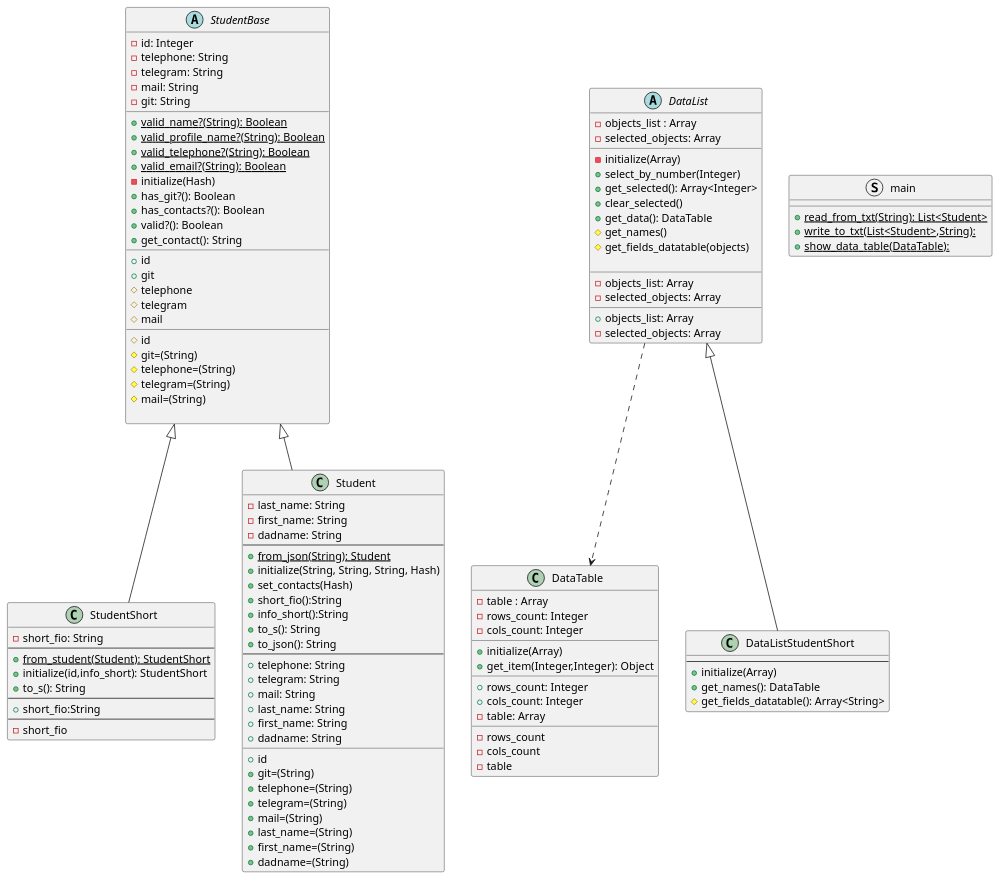
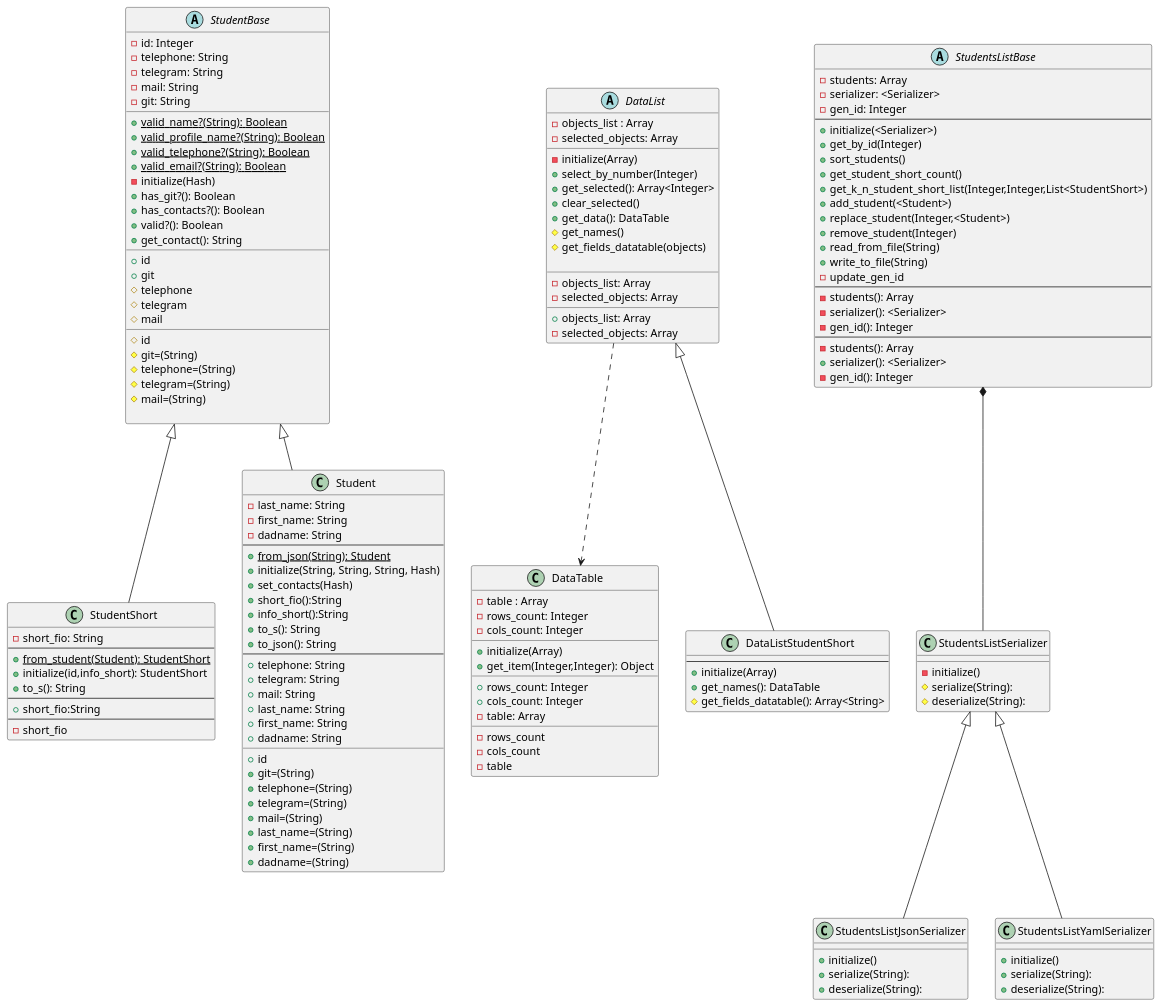
The diagram in LR2/diagram/StudentClassDiagram.puml (KREEAL/RubyLabs), drawn with PlantUML before and after one commit. The commit also changed 6 other files, not shown here.

```diff
--- a/LR2/diagram/StudentClassDiagram.puml
+++ b/LR2/diagram/StudentClassDiagram.puml
@@ -1,127 +1,166 @@
 @startuml
 'https://plantuml.com/class-diagram
 abstract class StudentBase {
     -id: Integer
     -telephone: String
     -telegram: String
     -mail: String
     -git: String
     __
     +{static}valid_name?(String): Boolean
     +{static}valid_profile_name?(String): Boolean
     +{static}valid_telephone?(String): Boolean
     +{static}valid_email?(String): Boolean
     -initialize(Hash)
     +has_git?(): Boolean
     +has_contacts?(): Boolean
     +valid?(): Boolean
     +get_contact(): String
     __
     +id
     +git
     #telephone
     #telegram
     #mail
     __
     #id
     #git=(String)
     #telephone=(String)
     #telegram=(String)
     #mail=(String)
 
 }
 class StudentShort extends StudentBase {
     -short_fio: String
     --
     +{static}from_student(Student): StudentShort
     +initialize(id,info_short): StudentShort
     +to_s(): String
     --
     +short_fio:String
     --
     -short_fio
 }
 class Student extends StudentBase{
     -last_name: String
     -first_name: String
     -dadname: String
     --
     +{static}from_json(String): Student
     +initialize(String, String, String, Hash)
     +set_contacts(Hash)
     +short_fio():String
     +info_short():String
     +to_s(): String
     +to_json(): String
     --
     +telephone: String
     +telegram: String
     +mail: String
     +last_name: String
     +first_name: String
     +dadname: String
     __
     +id
     +git=(String)
     +telephone=(String)
     +telegram=(String)
     +mail=(String)
     +last_name=(String)
     +first_name=(String)
     +dadname=(String)
 }
 
 class DataTable{
     -table : Array
     -rows_count: Integer
     -cols_count: Integer
     __
     +initialize(Array)
     +get_item(Integer,Integer): Object
     __
     +rows_count: Integer
     +cols_count: Integer
     -table: Array
     __
     -rows_count
     -cols_count
     -table
 }
 abstract class DataList{
     -objects_list : Array
     -selected_objects: Array
     __
     -initialize(Array)
     +select_by_number(Integer)
     +get_selected(): Array<Integer>
     +clear_selected()
     +get_data(): DataTable
     #get_names()
     #get_fields_datatable(objects)
 
     __
     -objects_list: Array
     -selected_objects: Array
     __
     +objects_list: Array
     -selected_objects: Array
 }
 
 class DataListStudentShort extends DataList{
     --
     +initialize(Array)
     +get_names(): DataTable
     #get_fields_datatable(): Array<String>
 }
 
+abstract class StudentsListBase{
+    -students: Array
+    -serializer: <Serializer>
+    -gen_id: Integer
+    --
+    +initialize(<Serializer>)
+    +get_by_id(Integer)
+    +sort_students()
+    +get_student_short_count()
+    +get_k_n_student_short_list(Integer,Integer,List<StudentShort>)
+    +add_student(<Student>)
+    +replace_student(Integer,<Student>)
+    +remove_student(Integer)
+    +read_from_file(String)
+    +write_to_file(String)
+    -update_gen_id
+    --
+    -students(): Array
+    -serializer(): <Serializer>
+    -gen_id(): Integer
+    --
+    -students(): Array
+    +serializer(): <Serializer>
+    -gen_id(): Integer
+}
 
-struct main {
-    +{static}read_from_txt(String): List<Student>
-    +{static}write_to_txt(List<Student>,String):
-    +{static}show_data_table(DataTable):
+class StudentsListSerializer{
+    -initialize()
+    #serialize(String):
+    #deserialize(String):
+}
+
+class StudentsListJsonSerializer extends StudentsListSerializer{
+    +initialize()
+    +serialize(String):
+    +deserialize(String):
+}
+
+class StudentsListYamlSerializer extends StudentsListSerializer{
+    +initialize()
+    +serialize(String):
+    +deserialize(String):
 }
 
 
 
+
 DataList ..> DataTable
+StudentsListBase *-- StudentsListSerializer
 @enduml
```
